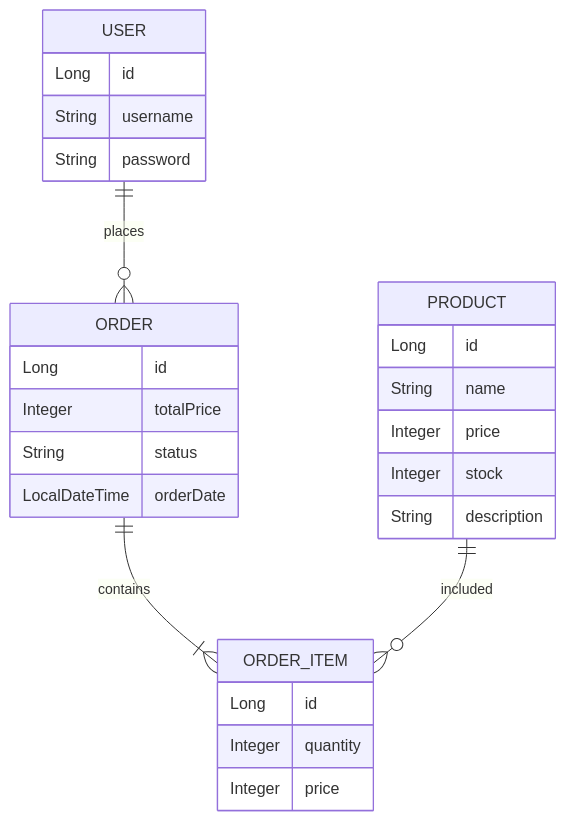
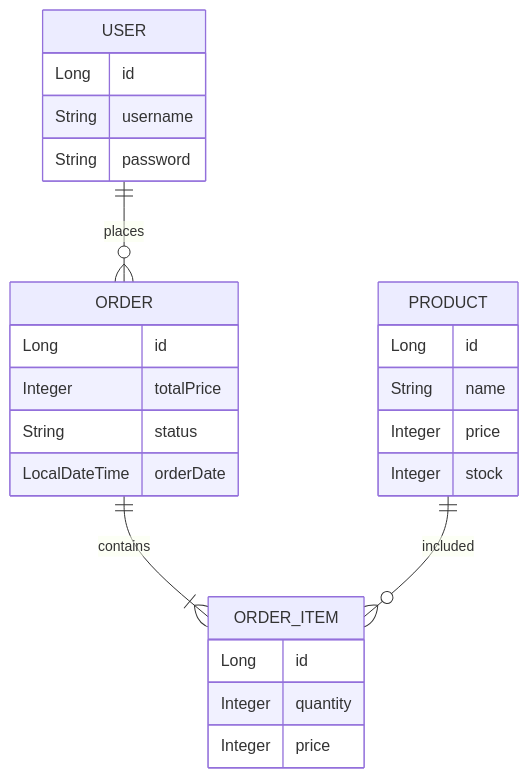
One commit to utl-flaxy/inventory-management-system changed the first of 3 diagrams in README.md. Above: the diagram before and after it, drawn with Mermaid. The commit also changed other lines of this file, not shown here.

````diff
--- a/README.md
+++ b/README.md
@@ -812,34 +818,35 @@
 ```mermaid
 erDiagram
 
 USER ||--o{ ORDER : places
+
 ORDER ||--|{ ORDER_ITEM : contains
+
 PRODUCT ||--o{ ORDER_ITEM : included
 
 USER {
     Long id
     String username
     String password
 }
 
 PRODUCT {
     Long id
     String name
     Integer price
     Integer stock
-    String description
 }
 
 ORDER {
     Long id
     Integer totalPrice
     String status
     LocalDateTime orderDate
 }
 
 ORDER_ITEM {
     Long id
     Integer quantity
     Integer price
 }
 ```
````
